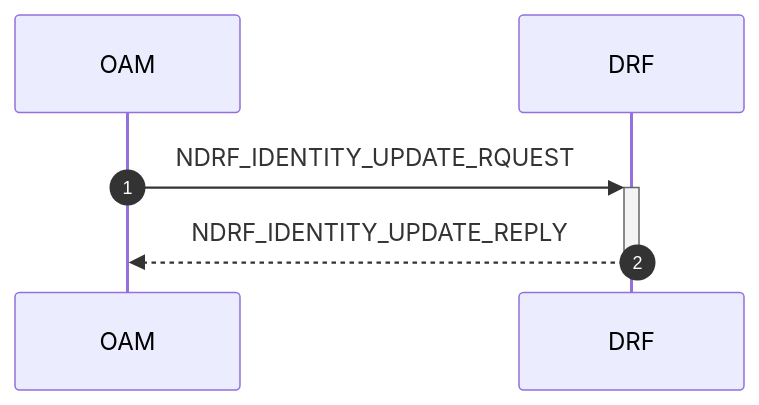
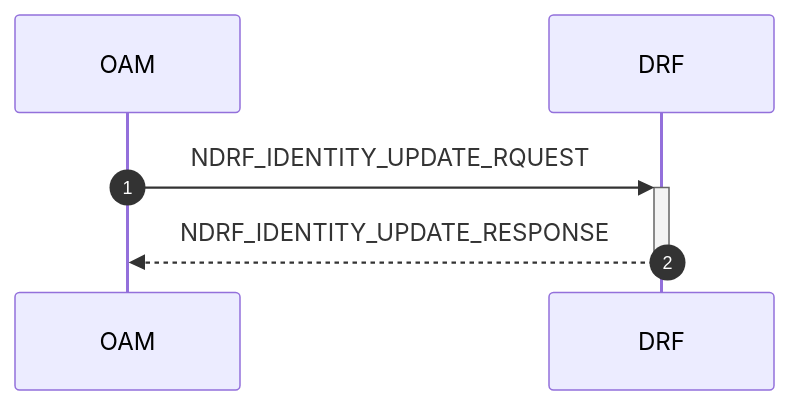
One commit to veil-link/veilink changed diagram 15 of 21 in doc/doc-spec/00-series-general/00.002-procedure.md. Above: the diagram before and after it, drawn with Mermaid. The commit also changed other lines of this file, not shown here.

Commit message:
chore: update reply to response

````diff
--- a/doc/doc-spec/00-series-general/00.002-procedure.md
+++ b/doc/doc-spec/00-series-general/00.002-procedure.md
@@ -354,11 +354,11 @@
 ```mermaid
 sequenceDiagram
     autonumber
 
     participant oam as OAM
     participant drf as DRF
 
 
     oam ->>+ drf: NDRF_IDENTITY_UPDATE_RQUEST
-    drf -->>- oam: NDRF_IDENTITY_UPDATE_REPLY
+    drf -->>- oam: NDRF_IDENTITY_UPDATE_RESPONSE
 ```
````
